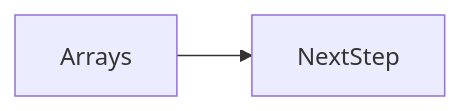
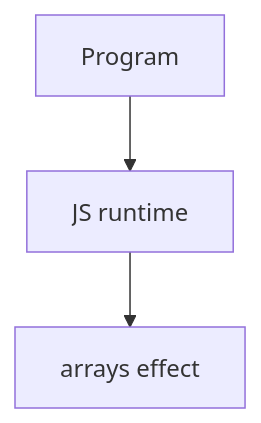
The second of 2 diagrams in docs/en/06-javascript/arrays/index.md (OmidJavaherii/Frontend-Engineering-Handbook), drawn with Mermaid before and after one commit. The commit also changed other lines of this file and 461 other files, not shown here.

````diff
--- a/docs/en/06-javascript/arrays/index.md
+++ b/docs/en/06-javascript/arrays/index.md
@@ -94,4 +107,5 @@
 ```mermaid
-flowchart LR
-  concept[Arrays] --> nextStep[NextStep]
+flowchart TD
+  Code[Program] --> Runtime[JS runtime]
+  Runtime --> Effect[arrays effect]
 ```
````
